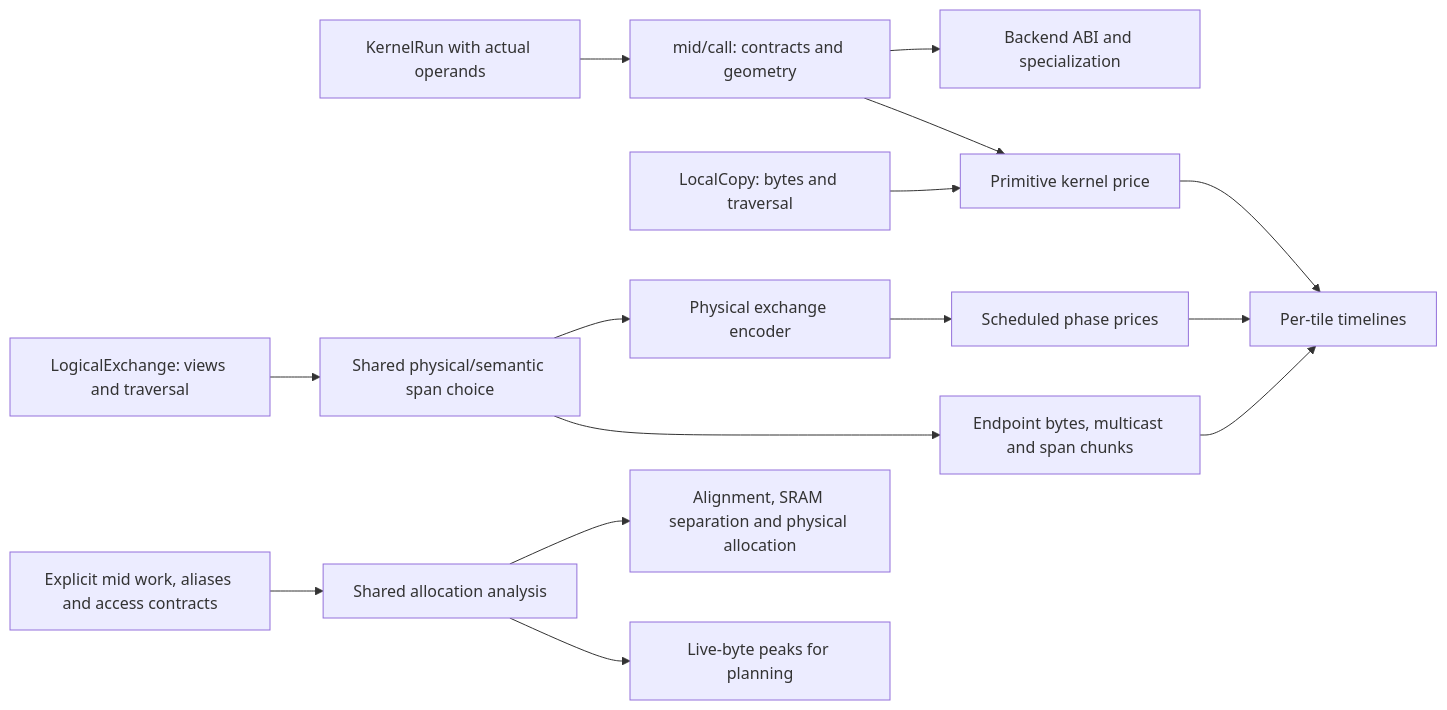
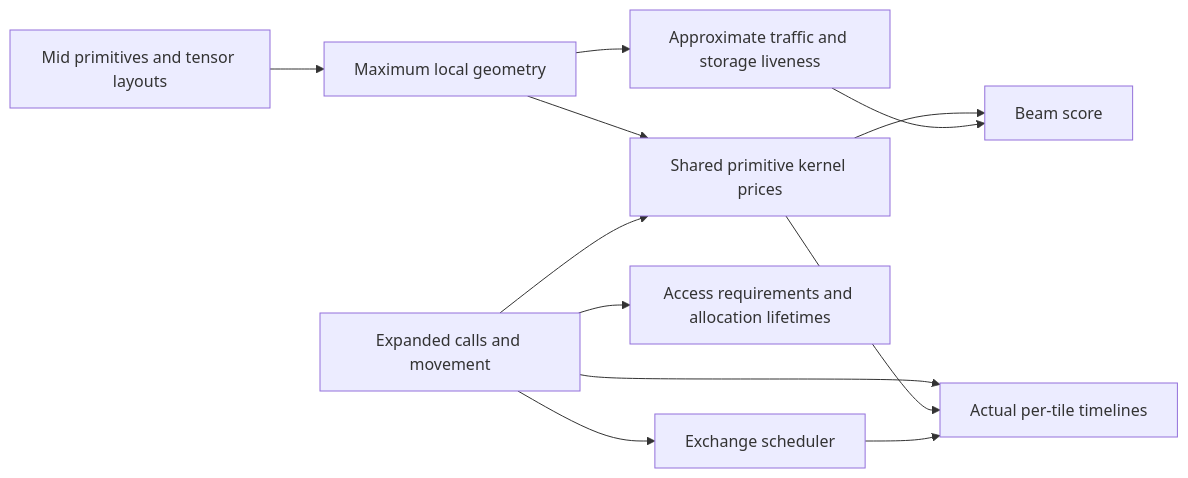
The second of 3 diagrams in docs/COMPILER_DATA_FLOW.md (osmarks/ipu-stack), drawn with Mermaid before and after one commit. The commit also changed other lines of this file and 37 other files, not shown here.

Commit message:
Represent distributed primitives in mid and cost them without tile expansion

````diff
--- a/docs/COMPILER_DATA_FLOW.md
+++ b/docs/COMPILER_DATA_FLOW.md
@@ -60,17 +34,14 @@
 ```mermaid
 flowchart LR
-  CALL[KernelRun with actual operands] --> GEO[mid/call: contracts and geometry]
-  GEO --> PRICE[Primitive kernel price]
-  GEO --> ABI[Backend ABI and specialization]
-  COPY[LocalCopy: bytes and traversal] --> PRICE
-  EX[LogicalExchange: views and traversal] --> SPAN[Shared physical/semantic span choice]
-  SPAN --> LOAD[Endpoint bytes, multicast and span chunks]
-  SPAN --> ENCODE[Physical exchange encoder]
-  PRICE --> TIME[Per-tile timelines]
-  LOAD --> TIME
-  ENCODE --> REFINE[Scheduled phase prices]
-  REFINE --> TIME
-  WORK[Explicit mid work, aliases and access contracts] --> LIFE[Shared allocation analysis]
-  LIFE --> PEAK[Live-byte peaks for planning]
-  LIFE --> PLACE[Alignment, SRAM separation and physical allocation]
+  MID[Mid primitives and tensor layouts] --> GEO[Maximum local geometry]
+  GEO --> PRICE[Shared primitive kernel prices]
+  GEO --> COARSE[Approximate traffic and storage liveness]
+  PRICE --> SCORE[Beam score]
+  COARSE --> SCORE
+  TILE[Expanded calls and movement] --> PRICE
+  TILE --> TIME[Actual per-tile timelines]
+  PRICE --> TIME
+  TILE --> ALLOC[Access requirements and allocation lifetimes]
+  TILE --> SCHED[Exchange scheduler]
+  SCHED --> TIME
 ```
````
